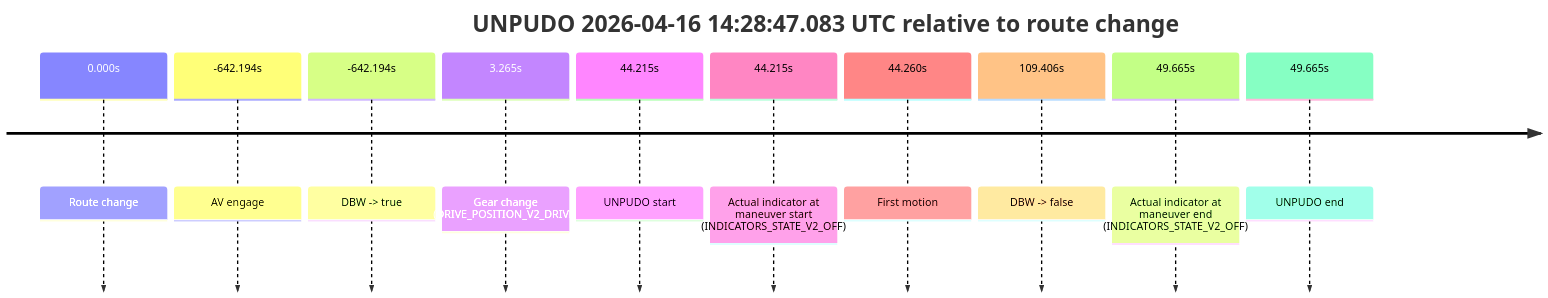
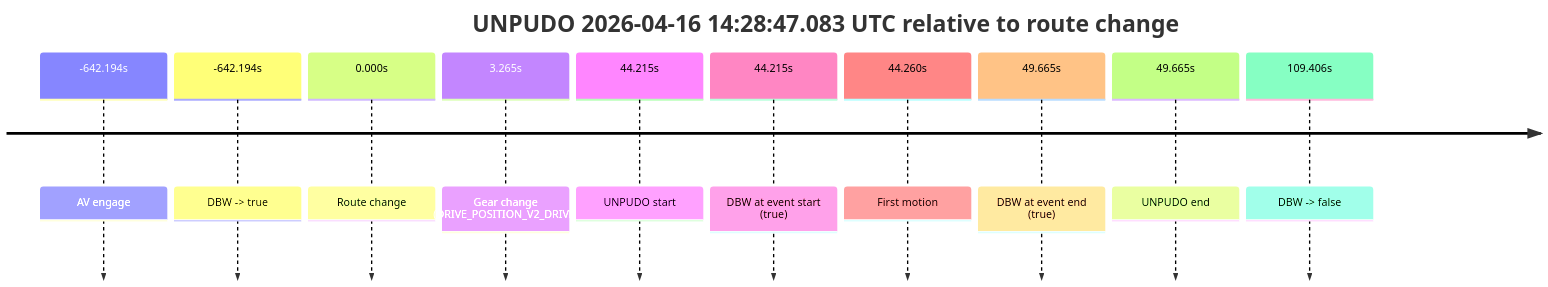
One commit to yoelshapiro/vault changed the third of 4 diagrams in model_analysis/report_cards/2026/04/Week-3/fme10003--2026-04-16--13-36-03--gen2-av-2f9a996c-038c-44b8-b604-a44d2703c25b.md. Above: the diagram before and after it, drawn with Mermaid. The commit also changed other lines of this file and 32 other files, not shown here.

````diff
--- a/model_analysis/report_cards/2026/04/Week-3/fme10003--2026-04-16--13-36-03--gen2-av-2f9a996c-038c-44b8-b604-a44d2703c25b.md
+++ b/model_analysis/report_cards/2026/04/Week-3/fme10003--2026-04-16--13-36-03--gen2-av-2f9a996c-038c-44b8-b604-a44d2703c25b.md
@@ -467,14 +221,14 @@
 ```mermaid
 timeline
     title UNPUDO 2026-04-16 14:28:47.083 UTC relative to route change
-    0.000s : Route change
     -642.194s : AV engage
     -642.194s : DBW -> true
+    0.000s : Route change
     3.265s : Gear change (DRIVE_POSITION_V2_DRIVE)
     44.215s : UNPUDO start
-    44.215s : Actual indicator at maneuver start (INDICATORS_STATE_V2_OFF)
+    44.215s : DBW at event start (true)
     44.260s : First motion
+    49.665s : DBW at event end (true)
+    49.665s : UNPUDO end
     109.406s : DBW -> false
-    49.665s : Actual indicator at maneuver end (INDICATORS_STATE_V2_OFF)
-    49.665s : UNPUDO end
 ```
````
